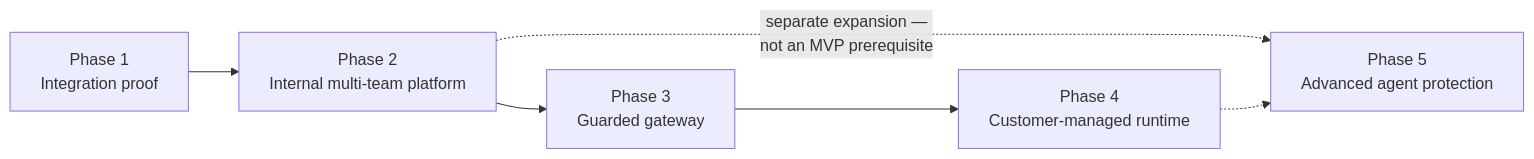
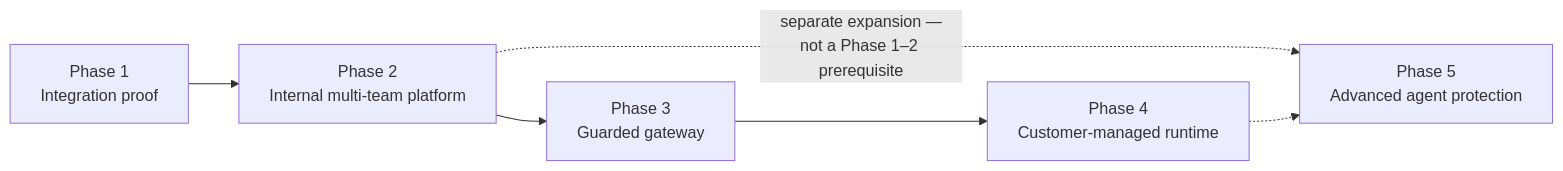
Before and after one commit to veglezMX/guardrails: the first of 7 diagrams in solution-docs/60-delivery/IMPLEMENTATION-STRATEGY.md, drawn with Mermaid. The commit also changed other lines of this file and 70 other files, not shown here.

````diff
--- a/solution-docs/60-delivery/IMPLEMENTATION-STRATEGY.md
+++ b/solution-docs/60-delivery/IMPLEMENTATION-STRATEGY.md
@@ -64,8 +64,8 @@
 ```mermaid
 flowchart LR
     P1["Phase 1\nIntegration proof"] --> P2["Phase 2\nInternal multi-team platform"]
     P2 --> P3["Phase 3\nGuarded gateway"]
     P3 --> P4["Phase 4\nCustomer-managed runtime"]
-    P2 -.->|"separate expansion —\nnot an MVP prerequisite"| P5["Phase 5\nAdvanced agent protection"]
+    P2 -.->|"separate expansion —\nnot a Phase 1–2 prerequisite"| P5["Phase 5\nAdvanced agent protection"]
     P4 -.-> P5
 ```
````
